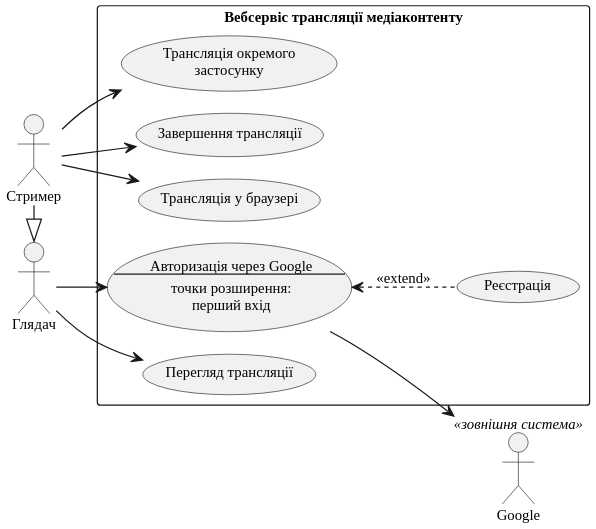
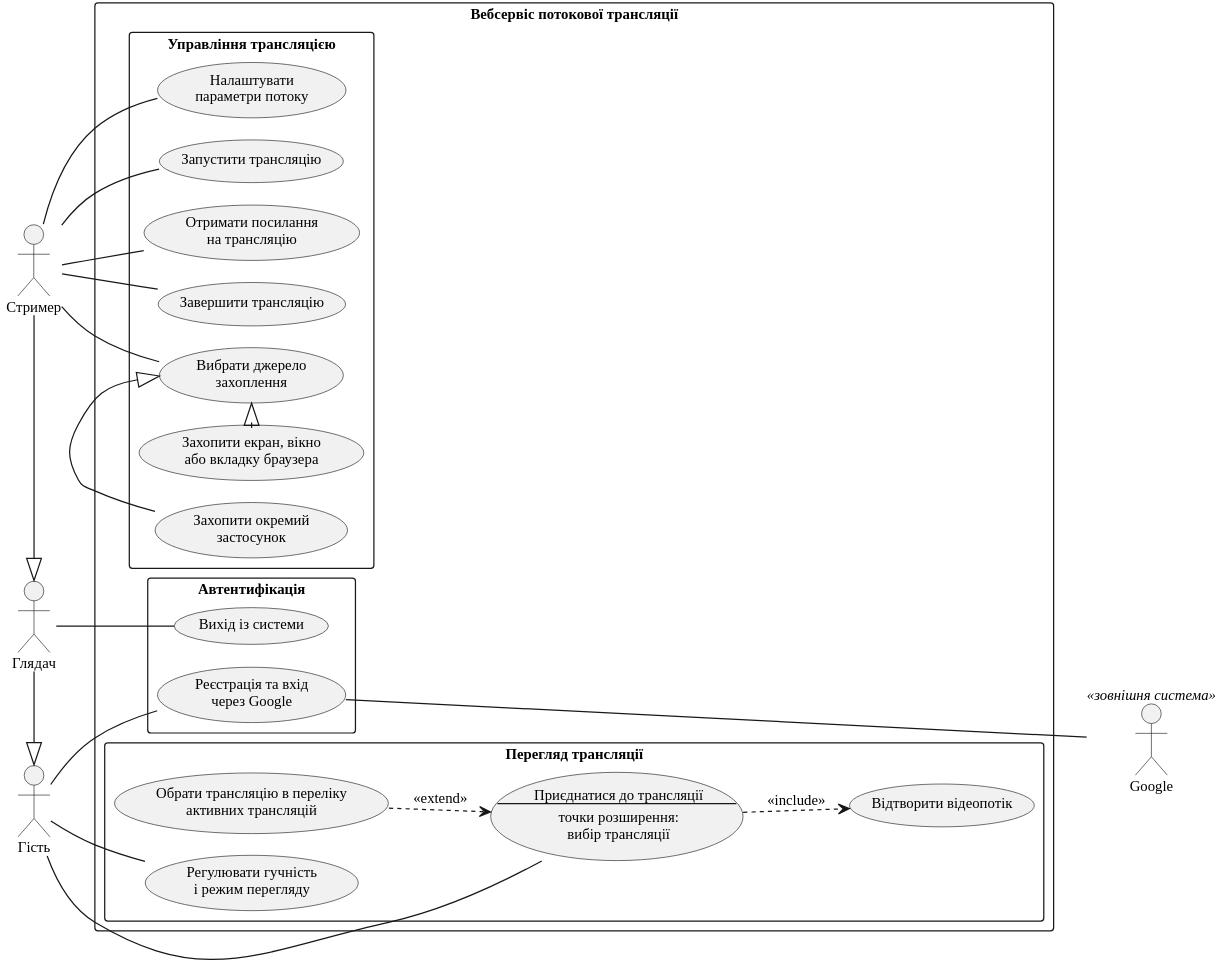
One commit to Nikitos1926/stream-share changed the diagram in thesis/diagrams/fig-use-cases.puml. Above: the diagram before and after it, drawn with PlantUML. The commit also changed 10 other files, not shown here.

First line of the commit message:
docs(thesis): use-case model from the user's diagram, 13 scenarios, UCP 201,8

```diff
--- a/thesis/diagrams/fig-use-cases.puml
+++ b/thesis/diagrams/fig-use-cases.puml
@@ -1,37 +1,62 @@
 @startuml
 !pragma layout smetana
 skinparam defaultFontName "Liberation Serif"
 skinparam dpi 200
 skinparam shadowing false
 skinparam monochrome true
 skinparam defaultFontSize 12
 skinparam packageStyle rectangle
 left to right direction
 
+actor "Гість" as Guest
 actor "Глядач" as Viewer
 actor "Стример" as Streamer
 actor "Google" as Google <<зовнішня система>>
 
+Viewer -|> Guest
 Streamer -|> Viewer
 
-rectangle "Вебсервіс трансляції медіаконтенту" {
-  usecase UC_SignIn as "Авторизація через Google
+rectangle "Вебсервіс потокової трансляції" {
+  package "Управління трансляцією" {
+    usecase "Вибрати джерело\nзахоплення" as UC_Source
+    usecase "Захопити окремий\nзастосунок" as UC_App
+    usecase "Захопити екран, вікно\nабо вкладку браузера" as UC_Tab
+    usecase "Налаштувати\nпараметри потоку" as UC_Config
+    usecase "Запустити трансляцію" as UC_Start
+    usecase "Отримати посилання\nна трансляцію" as UC_GetLink
+    usecase "Завершити трансляцію" as UC_Stop
+  }
+  package "Перегляд трансляції" {
+    usecase UC_Join as "Приєднатися до трансляції
 --
 точки розширення:
-перший вхід"
-  usecase "Реєстрація" as UC_SignUp
-  usecase "Перегляд трансляції" as UC_Watch
-  usecase "Трансляція у браузері" as UC_Browser
-  usecase "Трансляція окремого\nзастосунку" as UC_App
-  usecase "Завершення трансляції" as UC_End
+вибір трансляції"
+    usecase "Обрати трансляцію в переліку\nактивних трансляцій" as UC_List
+    usecase "Відтворити відеопотік" as UC_Play
+    usecase "Регулювати гучність\nі режим перегляду" as UC_Volume
+  }
+  package "Автентифікація" {
+    usecase "Реєстрація та вхід\nчерез Google" as UC_Google
+    usecase "Вихід із системи" as UC_Logout
+  }
 }
 
-Viewer --> UC_SignIn
-Viewer --> UC_Watch
-UC_SignIn --> Google
-UC_SignIn <.. UC_SignUp : <<extend>>
+Streamer -- UC_Source
+Streamer -- UC_Config
+Streamer -- UC_Start
+Streamer -- UC_GetLink
+Streamer -- UC_Stop
+UC_App -|> UC_Source
+UC_Tab -|> UC_Source
 
-Streamer --> UC_Browser
-Streamer --> UC_App
-Streamer --> UC_End
+Guest -- UC_Join
+Guest -- UC_Volume
+UC_List ..> UC_Join : <<extend>>
+UC_Join ..> UC_Play : <<include>>
+
+Guest -- UC_Google
+UC_Google -- Google
+' layout only: keeps Google on the right
+UC_Play -[hidden]- Google
+Viewer -- UC_Logout
 @enduml
```
